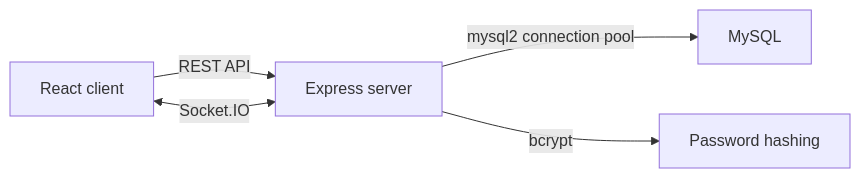
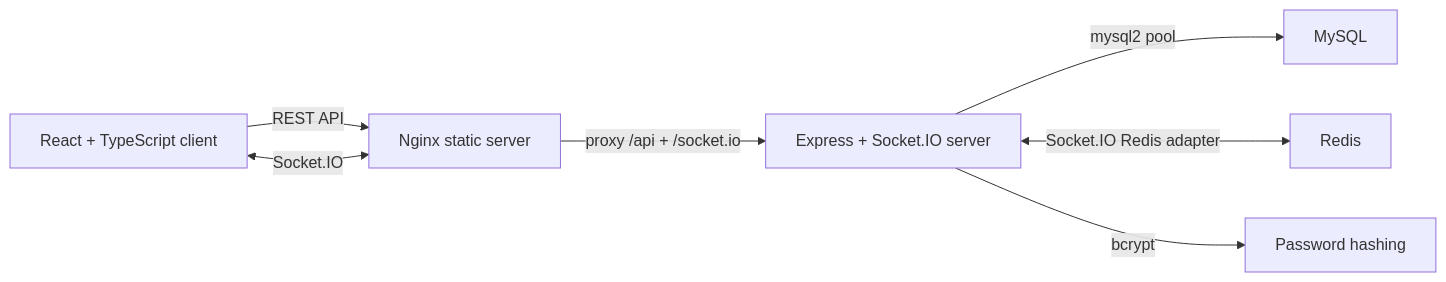
Before and after one commit to Jiajie-Z/chatSphere: the diagram in README.md, drawn with Mermaid. The commit also changed other lines of this file and 38 other files, not shown here.

````diff
--- a/README.md
+++ b/README.md
@@ -64,7 +26,9 @@
 ```mermaid
 flowchart LR
-  Browser["React client"] -->|"REST API"| Server["Express server"]
-  Browser <-->|"Socket.IO"| Server
-  Server -->|"mysql2 connection pool"| Database["MySQL"]
+  Browser["React + TypeScript client"] -->|"REST API"| Nginx["Nginx static server"]
+  Browser <-->|"Socket.IO"| Nginx
+  Nginx -->|"proxy /api + /socket.io"| Server["Express + Socket.IO server"]
+  Server -->|"mysql2 pool"| MySQL["MySQL"]
+  Server <-->|"Socket.IO Redis adapter"| Redis["Redis"]
   Server -->|"bcrypt"| Auth["Password hashing"]
 ```
````
